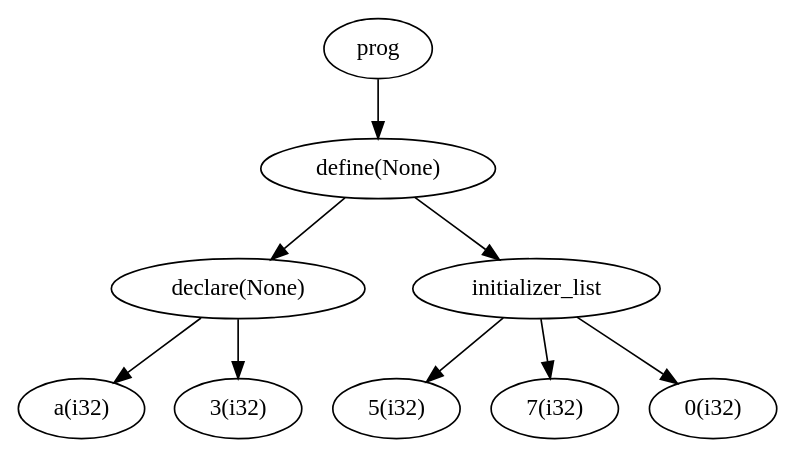
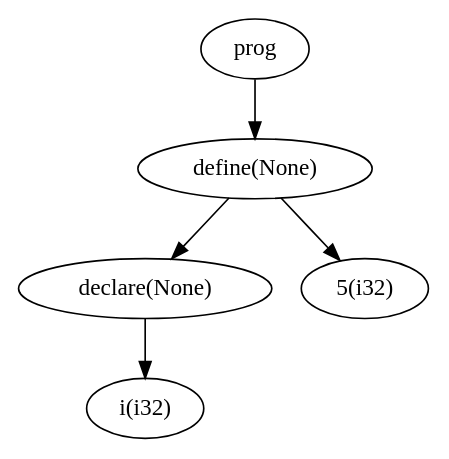
Before and after one commit to sampieters/compiler: the diagram in AST.dot, drawn with Graphviz. The commit also changed 2 other files, not shown here.

```diff
--- a/AST.dot
+++ b/AST.dot
@@ -1,19 +1,11 @@
 digraph AST {
 	node0[label="prog"]
 	node1[label="define(None)"]
 	node0->node1
 	node2[label="declare(None)"]
 	node1->node2
-	node3[label="a(i32)"]
+	node3[label="i(i32)"]
 	node2->node3
-	node4[label="3(i32)"]
-	node2->node4
-	node5[label="initializer_list"]
-	node1->node5
-	node6[label="5(i32)"]
-	node5->node6
-	node7[label="7(i32)"]
-	node5->node7
-	node8[label="0(i32)"]
-	node5->node8
+	node4[label="5(i32)"]
+	node1->node4
 }
```
